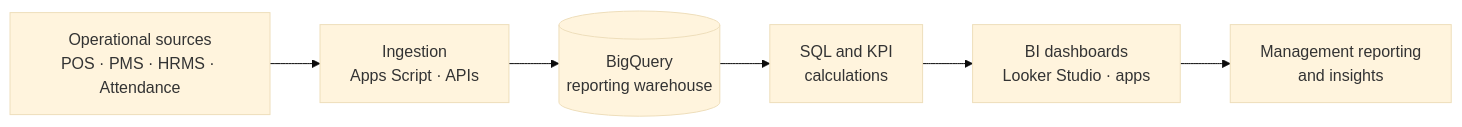
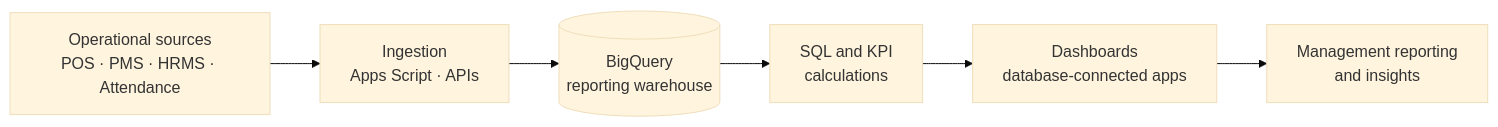
The second of 2 diagrams in README.md (Nandini-Boda/Nandini-Boda), drawn with Mermaid (base theme) before and after one commit. The commit also changed other lines of this file, not shown here.

````diff
--- a/README.md
+++ b/README.md
@@ -91,8 +175,8 @@
 ```mermaid
 flowchart LR
     A["Operational sources<br/>POS · PMS · HRMS · Attendance"] --> B["Ingestion<br/>Apps Script · APIs"]
     B --> C[("BigQuery<br/>reporting warehouse")]
     C --> D["SQL and KPI<br/>calculations"]
-    D --> E["BI dashboards<br/>Looker Studio · apps"]
+    D --> E["Dashboards<br/>database-connected apps"]
     E --> F["Management reporting<br/>and insights"]
 ```
````
